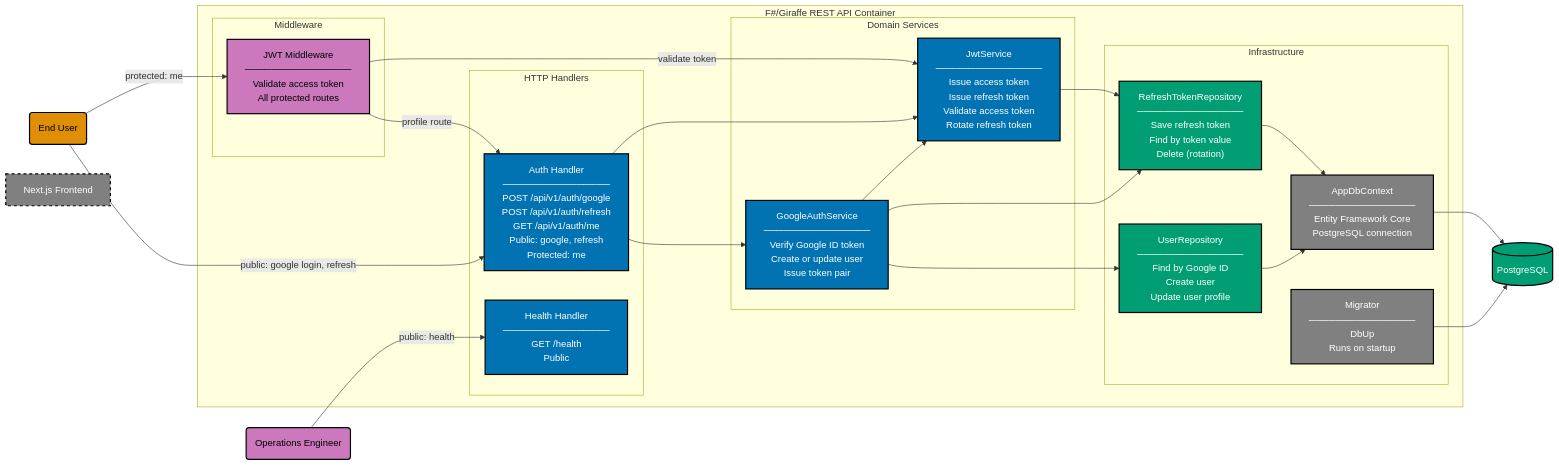
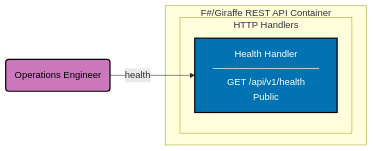
One commit to wahidyankf/open-sharia-enterprise changed the diagram in specs/apps/organiclever/c4/component-be.md. Above: the diagram before and after it, drawn with Mermaid. The commit also changed other lines of this file and 4 other files, not shown here.

First line of the commit message:
docs(organiclever-c4): strip auth components from container, context, and component diagrams

````diff
--- a/specs/apps/organiclever/c4/component-be.md
+++ b/specs/apps/organiclever/c4/component-be.md
@@ -10,69 +9,18 @@
 ```mermaid
 %% Color Palette: Blue #0173B2 | Orange #DE8F05 | Teal #029E73 | Purple #CC78BC | Brown #CA9161 | Gray #808080
 graph LR
-    EU("End User"):::actor
     OPS("Operations Engineer"):::actor_ops
 
     subgraph RESTAPI["F#/Giraffe REST API Container"]
 
         subgraph LAYER1["HTTP Handlers"]
-            HH["Health Handler<br/>────────────────<br/>GET /health<br/>Public"]:::handler
-            AH["Auth Handler<br/>────────────────<br/>POST /api/v1/auth/google<br/>POST /api/v1/auth/refresh<br/>GET /api/v1/auth/me<br/>Public: google, refresh<br/>Protected: me"]:::handler
-        end
-
-        subgraph LAYER2["Middleware"]
-            JWTMW["JWT Middleware<br/>────────────────<br/>Validate access token<br/>All protected routes"]:::middleware
-        end
-
-        subgraph LAYER3["Domain Services"]
-            GAS["GoogleAuthService<br/>────────────────<br/>Verify Google ID token<br/>Create or update user<br/>Issue token pair"]:::service
-            JS["JwtService<br/>────────────────<br/>Issue access token<br/>Issue refresh token<br/>Validate access token<br/>Rotate refresh token"]:::service
-        end
-
-        subgraph LAYER4["Infrastructure"]
-            UR["UserRepository<br/>────────────────<br/>Find by Google ID<br/>Create user<br/>Update user profile"]:::repo
-            RTR["RefreshTokenRepository<br/>────────────────<br/>Save refresh token<br/>Find by token value<br/>Delete (rotation)"]:::repo
-            DBC["AppDbContext<br/>────────────────<br/>Entity Framework Core<br/>PostgreSQL connection"]:::infra
-            MIG["Migrator<br/>────────────────<br/>DbUp<br/>Runs on startup"]:::infra
+            HH["Health Handler<br/>────────────────<br/>GET /api/v1/health<br/>Public"]:::handler
         end
 
     end
 
-    DB[("PostgreSQL")]:::datastore
-    FE["Next.js Frontend"]:::external
+    OPS -->|"health"| HH
 
-    %% Public entry points
-    OPS -->|"public: health"| HH
-    EU -->|"public: google login, refresh"| AH
-
-    %% Protected entry points through JWT Middleware
-    EU -->|"protected: me"| JWTMW
-    JWTMW -->|"profile route"| AH
-
-    %% Handlers -> Services
-    AH --> GAS
-    AH --> JS
-    JWTMW -->|"validate token"| JS
-
-    %% Services -> Repositories
-    GAS --> UR
-    GAS --> RTR
-    GAS --> JS
-    JS --> RTR
-
-    %% Repositories -> Infrastructure
-    UR --> DBC
-    RTR --> DBC
-    DBC --> DB
-    MIG --> DB
-
-    classDef actor fill:#DE8F05,stroke:#000000,color:#000000,stroke-width:2px
     classDef actor_ops fill:#CC78BC,stroke:#000000,color:#000000,stroke-width:2px
     classDef handler fill:#0173B2,stroke:#000000,color:#FFFFFF,stroke-width:2px
-    classDef middleware fill:#CC78BC,stroke:#000000,color:#000000,stroke-width:2px
-    classDef service fill:#0173B2,stroke:#000000,color:#FFFFFF,stroke-width:2px
-    classDef repo fill:#029E73,stroke:#000000,color:#FFFFFF,stroke-width:2px
-    classDef infra fill:#808080,stroke:#000000,color:#FFFFFF,stroke-width:2px
-    classDef datastore fill:#029E73,stroke:#000000,color:#FFFFFF,stroke-width:2px
-    classDef external fill:#808080,stroke:#000000,color:#FFFFFF,stroke-width:2px,stroke-dasharray:5 5
 ```
````
